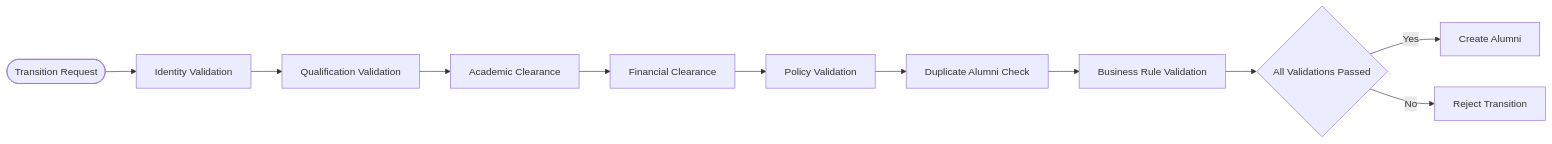
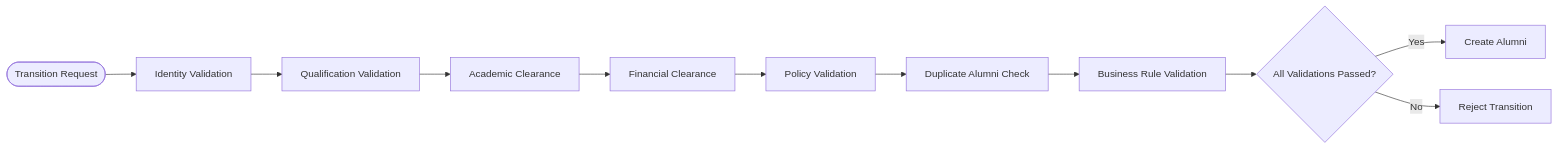
One commit to Varad1604/ERP_hark changed diagram 11 of 20 in architecture/L2_Domain_Workflow_Architecture/section-c/L2-C08_Alumni_Transition_Workflows.md. Above: the diagram before and after it, drawn with Mermaid. The commit also changed other lines of this file and 39 other files, not shown here.

````diff
--- a/architecture/L2_Domain_Workflow_Architecture/section-c/L2-C08_Alumni_Transition_Workflows.md
+++ b/architecture/L2_Domain_Workflow_Architecture/section-c/L2-C08_Alumni_Transition_Workflows.md
@@ -5619,45 +5630,45 @@
 ```mermaid
 flowchart LR
 
 Start([Transition Request])
 
 V1["Identity Validation"]
 
 V2["Qualification Validation"]
 
 V3["Academic Clearance"]
 
 V4["Financial Clearance"]
 
 V5["Policy Validation"]
 
 V6["Duplicate Alumni Check"]
 
 V7["Business Rule Validation"]
 
-Decision{"All Validations Passed"}
+Decision{"All Validations Passed?"}
 
 Create["Create Alumni"]
 
 Reject["Reject Transition"]
 
 Start --> V1
 
 V1 --> V2
 
 V2 --> V3
 
 V3 --> V4
 
 V4 --> V5
 
 V5 --> V6
 
 V6 --> V7
 
 V7 --> Decision
 
 Decision -- Yes --> Create
 
 Decision -- No --> Reject
 ```
````
